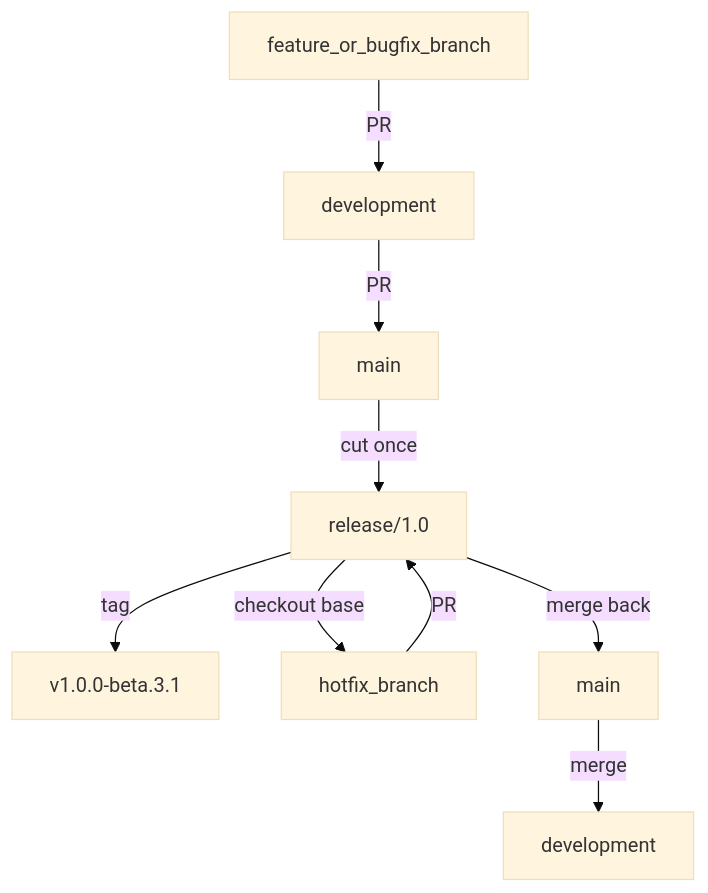
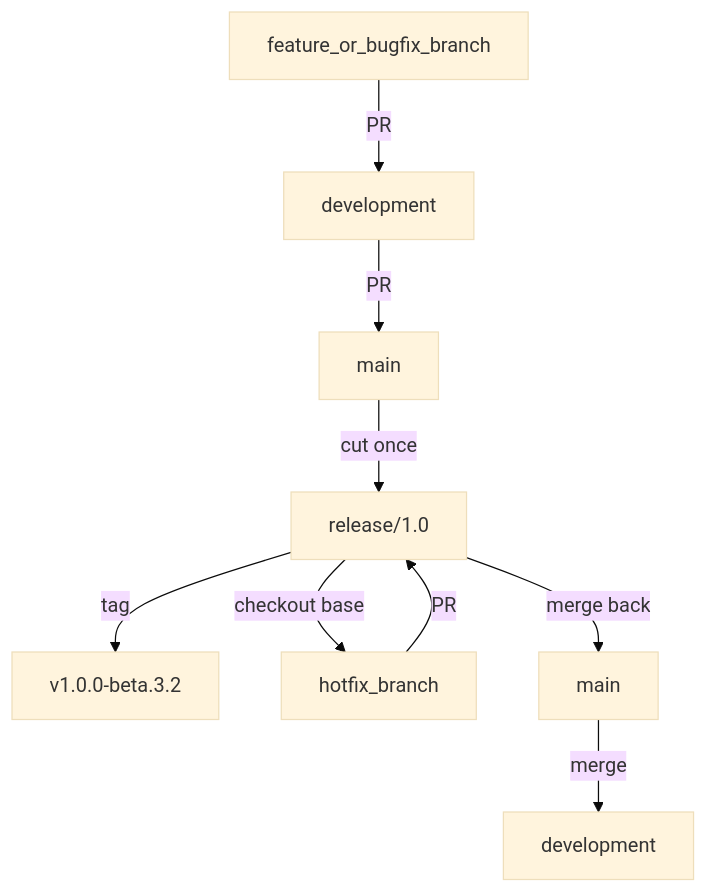
The second of 2 diagrams in CONTRIBUTING.md (ahmedSamir50/AdamSystems.ZVec.NET), drawn with Mermaid (base theme) before and after one commit. The commit also changed other lines of this file and 10 other files, not shown here.

````diff
--- a/CONTRIBUTING.md
+++ b/CONTRIBUTING.md
@@ -94,20 +94,20 @@
 ```mermaid
 flowchart TB
   feat[feature_or_bugfix_branch]
   devel[development]
   mainDaily[main]
   rel10["release/1.0"]
-  t1["v1.0.0-beta.3.1"]
+  t1["v1.0.0-beta.3.2"]
   hf[hotfix_branch]
   mainShip[main]
   develShip[development]
 
   feat -->|"PR"| devel
   devel -->|"PR"| mainDaily
   mainDaily -->|"cut once"| rel10
   rel10 -->|"tag"| t1
   rel10 -->|"checkout base"| hf
   hf -->|"PR"| rel10
   rel10 -->|"merge back"| mainShip
   mainShip -->|"merge"| develShip
 ```
````
